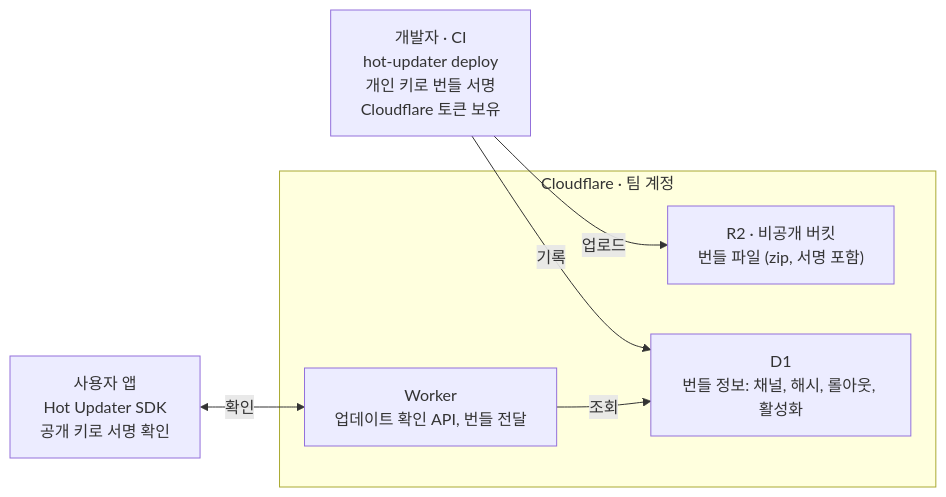
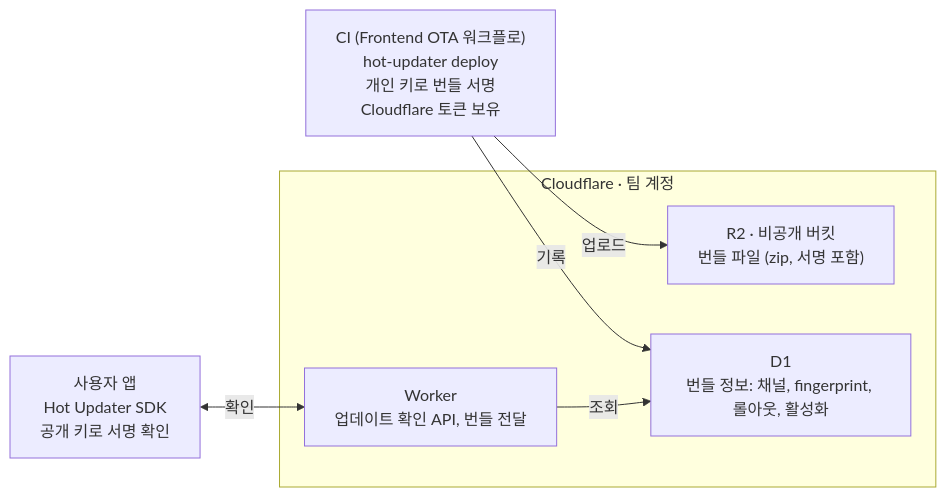
One commit to woowacourse/woowa-writing changed the first of 2 diagrams in LEVEL4_테크니컬라이팅.md. Above: the diagram before and after it, drawn with Mermaid. The commit also changed other lines of this file, not shown here.

````diff
--- a/LEVEL4_테크니컬라이팅.md
+++ b/LEVEL4_테크니컬라이팅.md
@@ -126,14 +174,14 @@
 ```mermaid
 flowchart LR
-  CI["개발자 · CI<br/>hot-updater deploy<br/>개인 키로 번들 서명<br/>Cloudflare 토큰 보유"]
+  CI["CI (Frontend OTA 워크플로)<br/>hot-updater deploy<br/>개인 키로 번들 서명<br/>Cloudflare 토큰 보유"]
   subgraph CF["Cloudflare · 팀 계정"]
     R2["R2 · 비공개 버킷<br/>번들 파일 (zip, 서명 포함)"]
-    D1["D1<br/>번들 정보: 채널, 해시, 롤아웃, 활성화"]
+    D1["D1<br/>번들 정보: 채널, fingerprint, 롤아웃, 활성화"]
     W["Worker<br/>업데이트 확인 API, 번들 전달"]
   end
   App["사용자 앱<br/>Hot Updater SDK<br/>공개 키로 서명 확인"]
   CI -->|업로드| R2
   CI -->|기록| D1
   W -->|조회| D1
   App <-->|확인| W
 ```
````
